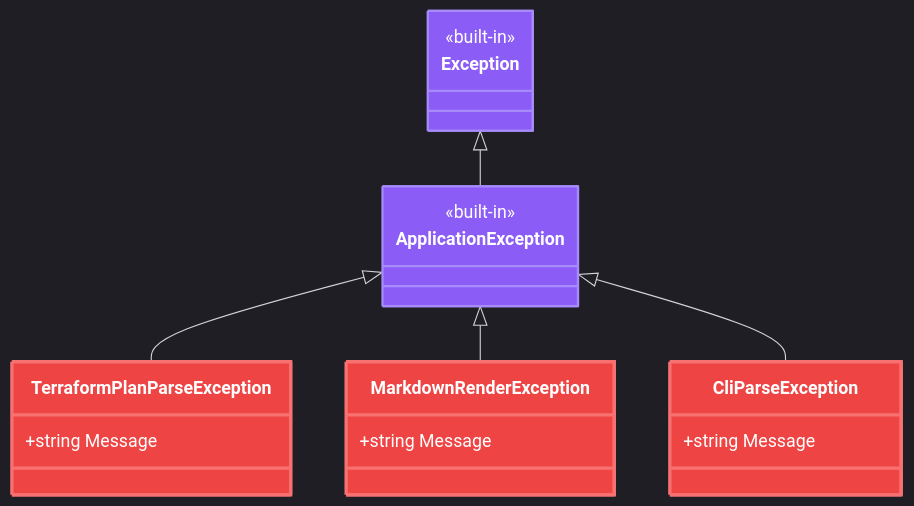
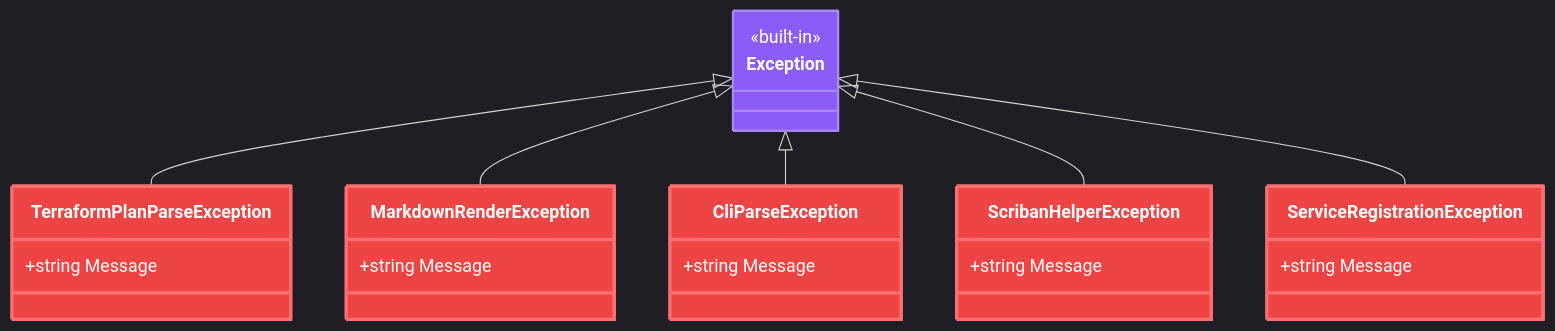
Diagram 17 of 18 in docs/architecture.md (Wolfsrudel/iac-hc-terraform-tfplan2md), drawn with Mermaid before and after one commit. The commit also changed other lines of this file, not shown here.

Commit message:
docs: comprehensive update to architecture.md reflecting current implementation

````diff
--- a/docs/architecture.md
+++ b/docs/architecture.md
@@ -1189,30 +1510,35 @@
 ```mermaid
 %%{init: {'theme':'dark', 'themeVariables': { 'fontSize':'16px', 'fontFamily':'ui-sans-serif, system-ui, sans-serif'}}}%%
 classDiagram
-    Exception <|-- ApplicationException
-    ApplicationException <|-- TerraformPlanParseException
-    ApplicationException <|-- MarkdownRenderException
-    ApplicationException <|-- CliParseException
+    Exception <|-- TerraformPlanParseException
+    Exception <|-- MarkdownRenderException
+    Exception <|-- CliParseException
+    Exception <|-- ScribanHelperException
+    Exception <|-- ServiceRegistrationException
     
     class Exception {
-        <<built-in>>
-    }
-    class ApplicationException {
         <<built-in>>
     }
     class TerraformPlanParseException {
         +string Message
     }
     class MarkdownRenderException {
         +string Message
     }
     class CliParseException {
         +string Message
     }
+    class ScribanHelperException {
+        +string Message
+    }
+    class ServiceRegistrationException {
+        +string Message
+    }
     
     style Exception fill:#8b5cf6,stroke:#a78bfa,stroke-width:2px,color:#ffffff
-    style ApplicationException fill:#8b5cf6,stroke:#a78bfa,stroke-width:2px,color:#ffffff
     style TerraformPlanParseException fill:#ef4444,stroke:#f87171,stroke-width:3px,color:#ffffff
     style MarkdownRenderException fill:#ef4444,stroke:#f87171,stroke-width:3px,color:#ffffff
     style CliParseException fill:#ef4444,stroke:#f87171,stroke-width:3px,color:#ffffff
+    style ScribanHelperException fill:#ef4444,stroke:#f87171,stroke-width:3px,color:#ffffff
+    style ServiceRegistrationException fill:#ef4444,stroke:#f87171,stroke-width:3px,color:#ffffff
 ```
````
